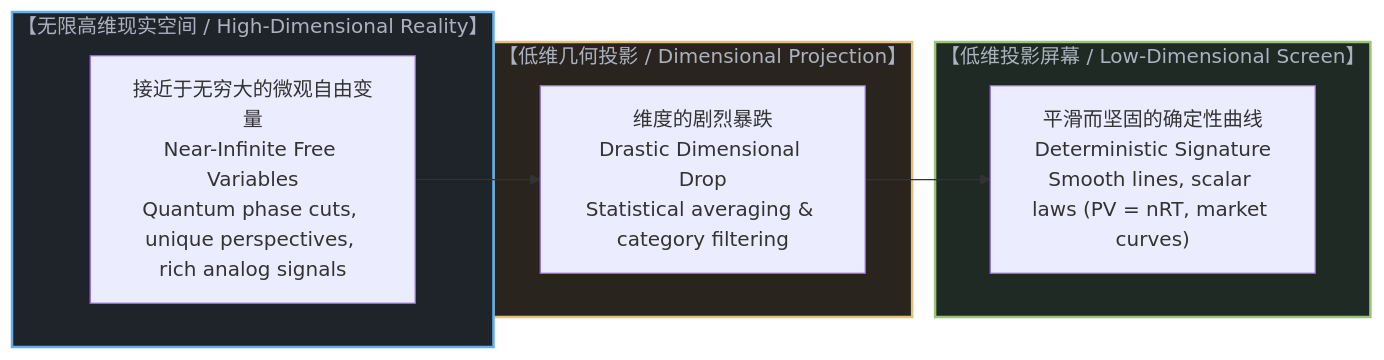
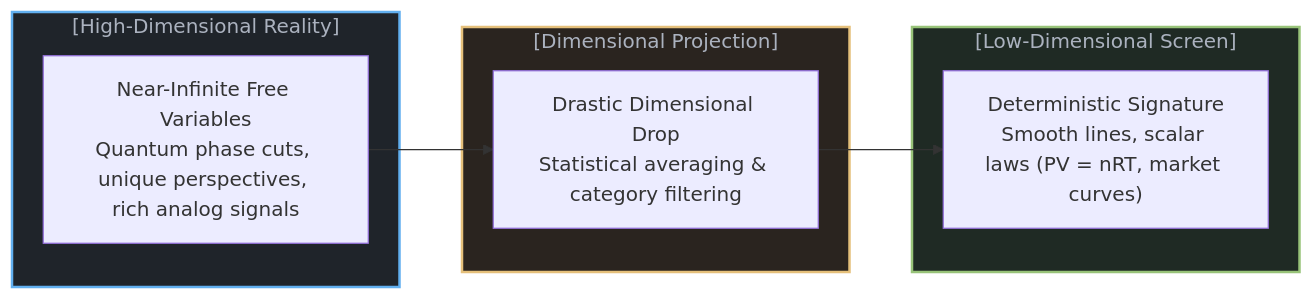
The fourth of 10 diagrams in content/posts/the-shadow-and-the-infinite.md (powerpig99/not-a-toe), drawn with Mermaid before and after one commit. The commit also changed other lines of this file and 7 other files, not shown here.

````diff
--- a/content/posts/the-shadow-and-the-infinite.md
+++ b/content/posts/the-shadow-and-the-infinite.md
@@ -58,21 +111,21 @@
 ```mermaid
 graph LR
-    subgraph HighDSpace["【无限高维现实空间 / High-Dimensional Reality】"]
-        MicroFluctuations["接近于无穷大的微观自由变量<br>Near-Infinite Free Variables<br>Quantum phase cuts, unique perspectives, rich analog signals"]
+    subgraph HighDSpace["[High-Dimensional Reality]"]
+        MicroFluctuations["Near-Infinite Free Variables<br>Quantum phase cuts, unique perspectives, rich analog signals"]
     end
 
-    subgraph ProjectionProcess["【低维几何投影 / Dimensional Projection】"]
-        Drop["维度的剧烈暴跌<br>Drastic Dimensional Drop<br>Statistical averaging & category filtering"]
+    subgraph ProjectionProcess["[Dimensional Projection]"]
+        Drop["Drastic Dimensional Drop<br>Statistical averaging & category filtering"]
     end
 
-    subgraph LowDShadow["【低维投影屏幕 / Low-Dimensional Screen】"]
-        DeterministicLine["平滑而坚固的确定性曲线<br>Deterministic Signature<br>Smooth lines, scalar laws (PV = nRT, market curves)"]
+    subgraph LowDShadow["[Low-Dimensional Screen]"]
+        DeterministicLine["Deterministic Signature<br>Smooth lines, scalar laws (PV = nRT, market curves)"]
     end
 
     MicroFluctuations --> Drop
     Drop --> DeterministicLine
 
     style HighDSpace fill:#1f242a,stroke:#61afef,stroke-width:2px,color:#abb2bf
     style ProjectionProcess fill:#2a241f,stroke:#e5c07b,stroke-width:2px,color:#abb2bf
     style LowDShadow fill:#1f2a24,stroke:#98c379,stroke-width:2px,color:#abb2bf
 ```
````
